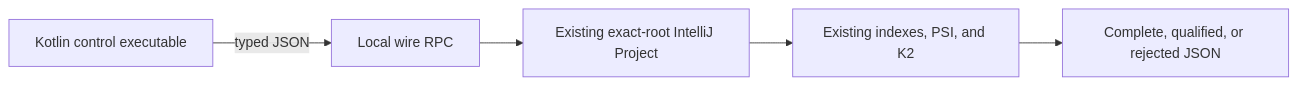
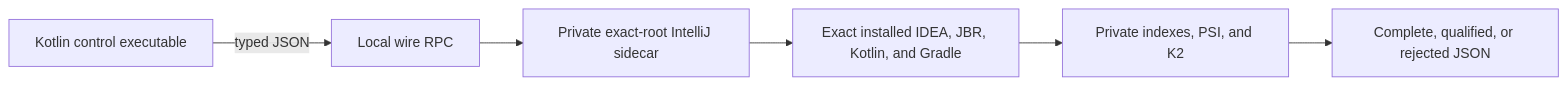
Before and after one commit to amichne/kast: the diagram in README.md, drawn with Mermaid. The commit also changed other lines of this file and 103 other files, not shown here.

First line of the commit message:
feat: add plugin-free IntelliJ sidecar

````diff
--- a/README.md
+++ b/README.md
@@ -102,7 +110,8 @@
 ```mermaid
 flowchart LR
 	CLI["Kotlin control executable"] -->|typed JSON| RPC["Local wire RPC"]
-	RPC --> IDE["Existing exact-root IntelliJ Project"]
-	IDE --> K2["Existing indexes, PSI, and K2"]
+	RPC --> IDE["Private exact-root IntelliJ sidecar"]
+	IDE --> LOCAL["Exact installed IDEA, JBR, Kotlin, and Gradle"]
+	LOCAL --> K2["Private indexes, PSI, and K2"]
 	K2 --> RESULT["Complete, qualified, or rejected JSON"]
 ```
````
